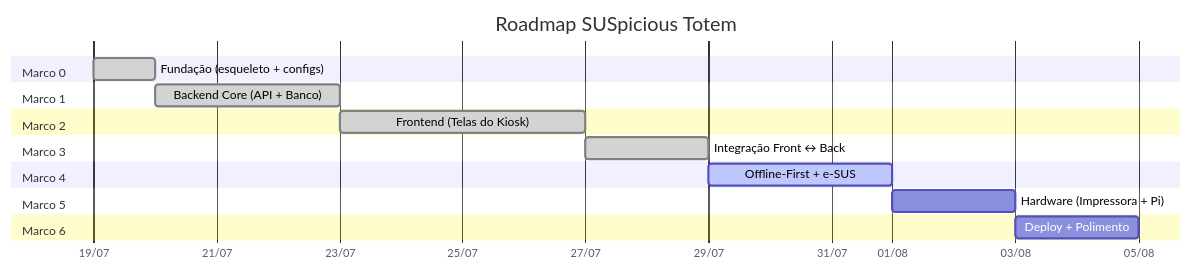
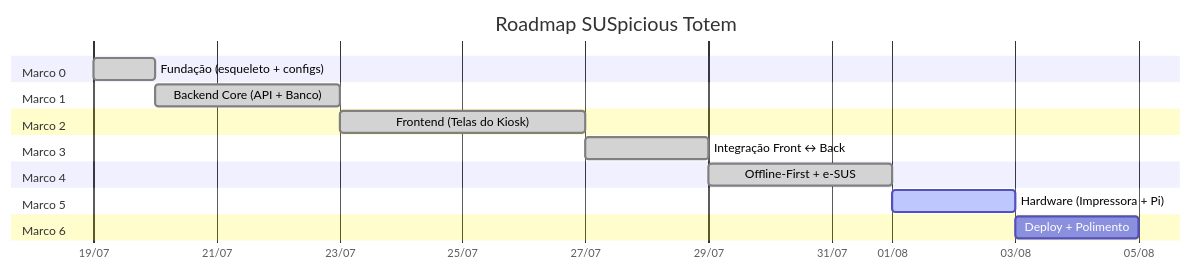
One commit to Gabriell-Ilius/SUSpicious_Totem changed the diagram in ROADMAP.md. Above: the diagram before and after it, drawn with Mermaid. The commit also changed other lines of this file and 9 other files, not shown here.

Commit message:
feat: complete Marco 4 (Offline-First and Sync Engine)

````diff
--- a/ROADMAP.md
+++ b/ROADMAP.md
@@ -9,27 +9,27 @@
 ```mermaid
 gantt
     title Roadmap SUSpicious Totem
     dateFormat  YYYY-MM-DD
     axisFormat  %d/%m
 
     section Marco 0
     Fundação (esqueleto + configs)           :done, m0, 2026-07-19, 1d
 
     section Marco 1
     Backend Core (API + Banco)               :done, m1, after m0, 3d
 
     section Marco 2
     Frontend (Telas do Kiosk)                :done, m2, after m1, 4d
 
     section Marco 3
     Integração Front ↔ Back                  :done, m3, after m2, 2d
 
     section Marco 4
-    Offline-First + e-SUS                    :active, m4, after m3, 3d
+    Offline-First + e-SUS                    :done, m4, after m3, 3d
 
     section Marco 5
-    Hardware (Impressora + Pi)               :m5, after m4, 2d
+    Hardware (Impressora + Pi)               :active, m5, after m4, 2d
 
     section Marco 6
     Deploy + Polimento                       :m6, after m5, 2d
 ```
````
